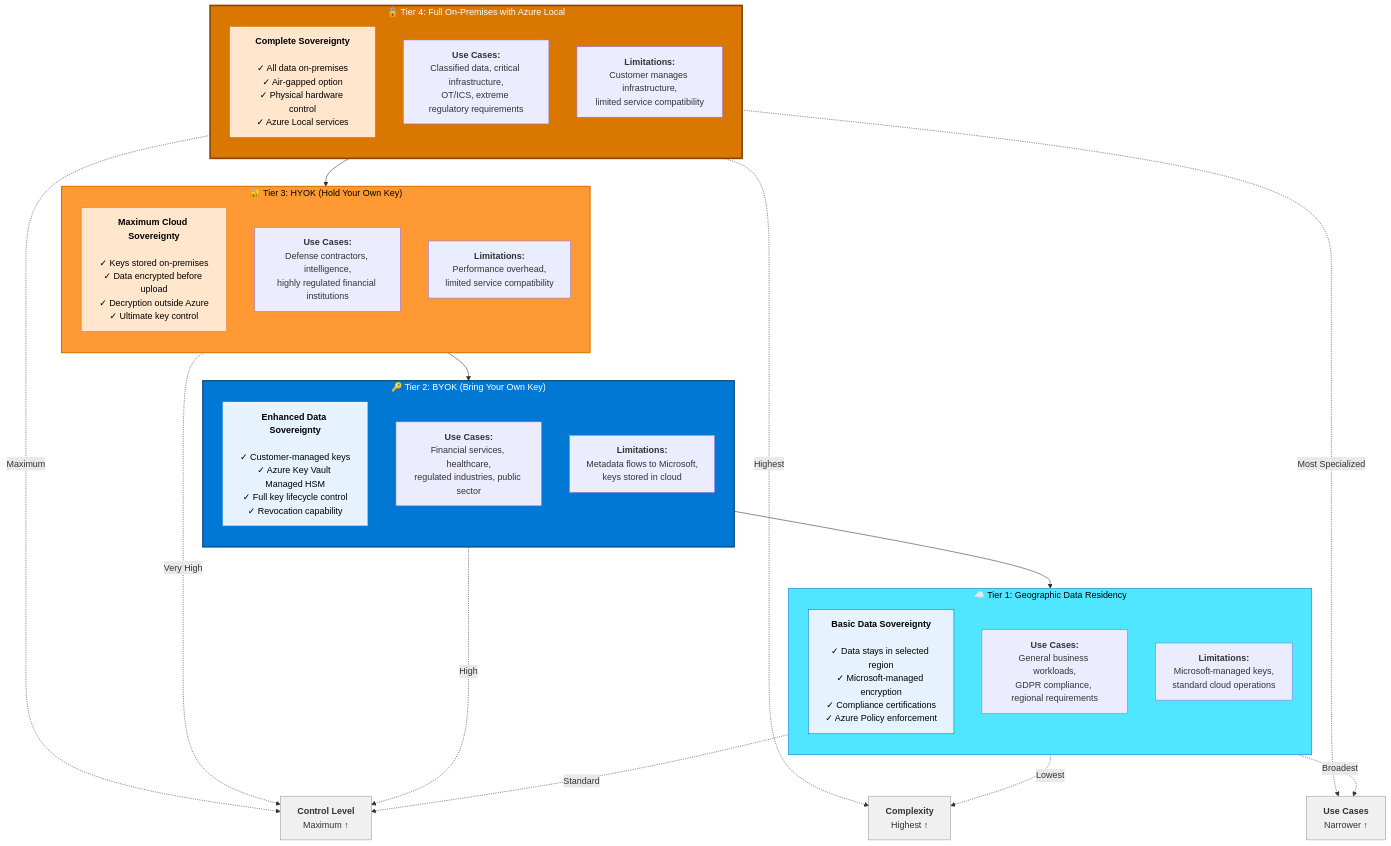
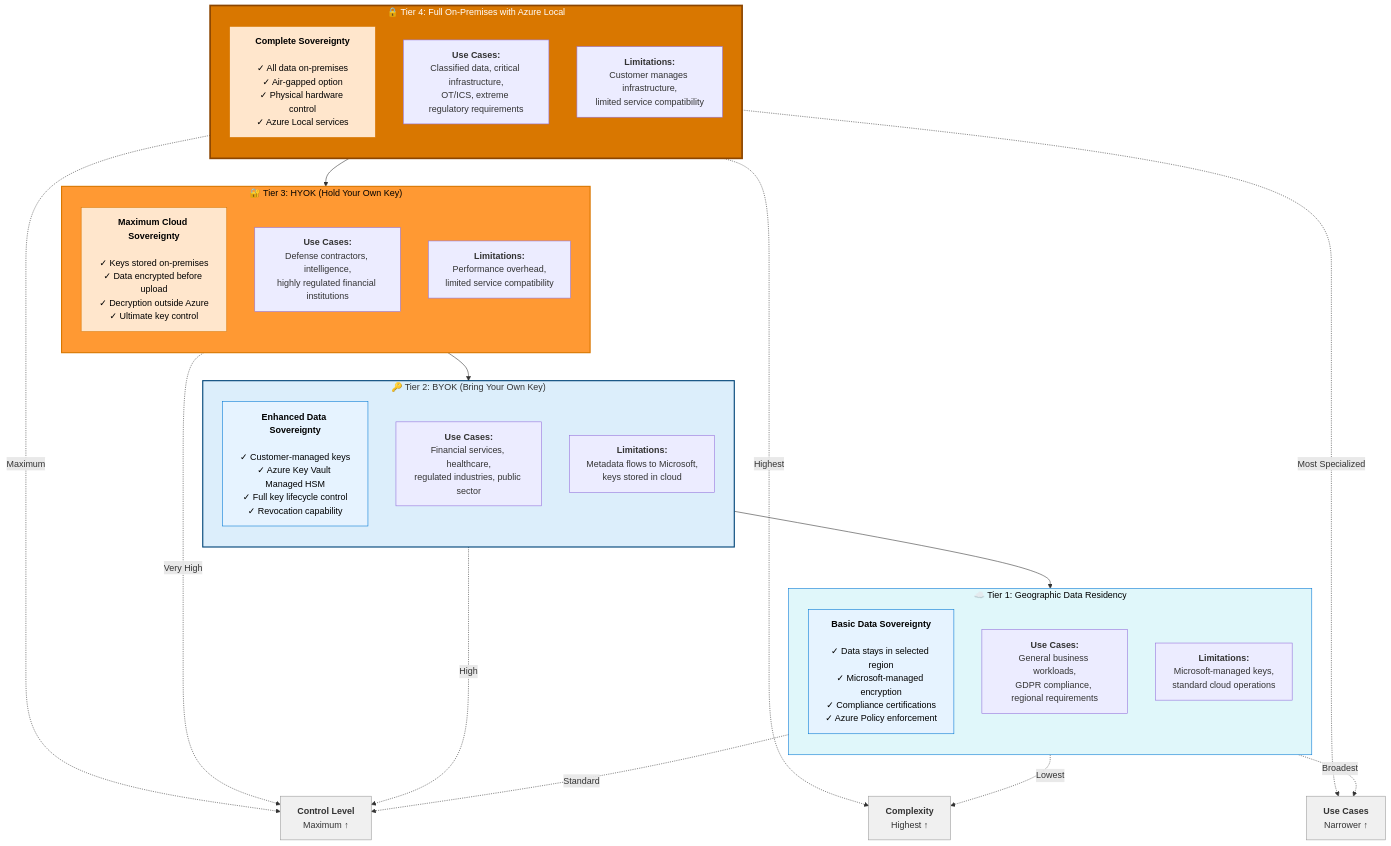
One commit to EmeaAppGbb/AzureHybridContinuumCookBook changed the diagram in docs/03-sovereignty-and-compliance/04-data-residency.md. Above: the diagram before and after it, drawn with Mermaid. The commit also changed 28 other files, not shown here.

First line of the commit message:
Fix Mermaid diagram readability: use light pastel subgraph backgrounds

````diff
--- a/docs/03-sovereignty-and-compliance/04-data-residency.md
+++ b/docs/03-sovereignty-and-compliance/04-data-residency.md
@@ -399,61 +399,61 @@
 ```mermaid
 graph TB
     subgraph Tier4["🔒 Tier 4: Full On-Premises with Azure Local"]
         direction TB
         T4Features["<b>Complete Sovereignty</b><br/><br/>✓ All data on-premises<br/>✓ Air-gapped option<br/>✓ Physical hardware control<br/>✓ Azure Local services"]
         T4Use["<b>Use Cases:</b><br/>Classified data, critical infrastructure,<br/>OT/ICS, extreme regulatory requirements"]
         T4Limit["<b>Limitations:</b><br/>Customer manages infrastructure,<br/>limited service compatibility"]
     end
     
     subgraph Tier3["🔐 Tier 3: HYOK (Hold Your Own Key)"]
         direction TB
         T3Features["<b>Maximum Cloud Sovereignty</b><br/><br/>✓ Keys stored on-premises<br/>✓ Data encrypted before upload<br/>✓ Decryption outside Azure<br/>✓ Ultimate key control"]
         T3Use["<b>Use Cases:</b><br/>Defense contractors, intelligence,<br/>highly regulated financial institutions"]
         T3Limit["<b>Limitations:</b><br/>Performance overhead,<br/>limited service compatibility"]
     end
     
     subgraph Tier2["🔑 Tier 2: BYOK (Bring Your Own Key)"]
         direction TB
         T2Features["<b>Enhanced Data Sovereignty</b><br/><br/>✓ Customer-managed keys<br/>✓ Azure Key Vault Managed HSM<br/>✓ Full key lifecycle control<br/>✓ Revocation capability"]
         T2Use["<b>Use Cases:</b><br/>Financial services, healthcare,<br/>regulated industries, public sector"]
         T2Limit["<b>Limitations:</b><br/>Metadata flows to Microsoft,<br/>keys stored in cloud"]
     end
     
     subgraph Tier1["☁️ Tier 1: Geographic Data Residency"]
         direction TB
         T1Features["<b>Basic Data Sovereignty</b><br/><br/>✓ Data stays in selected region<br/>✓ Microsoft-managed encryption<br/>✓ Compliance certifications<br/>✓ Azure Policy enforcement"]
         T1Use["<b>Use Cases:</b><br/>General business workloads,<br/>GDPR compliance, regional requirements"]
         T1Limit["<b>Limitations:</b><br/>Microsoft-managed keys,<br/>standard cloud operations"]
     end
     
     Tier4 --> Tier3
     Tier3 --> Tier2
     Tier2 --> Tier1
     
     Control["<b>Control Level</b><br/>Maximum ↑"]
     Complexity["<b>Complexity</b><br/>Highest ↑"]
     UseCases["<b>Use Cases</b><br/>Narrower ↑"]
     
     Tier4 -.->|"Maximum"| Control
     Tier3 -.->|"Very High"| Control
     Tier2 -.->|"High"| Control
     Tier1 -.->|"Standard"| Control
     
     Tier4 -.->|"Highest"| Complexity
     Tier1 -.->|"Lowest"| Complexity
     
     Tier4 -.->|"Most Specialized"| UseCases
     Tier1 -.->|"Broadest"| UseCases
     
     style Tier4 fill:#d97700,stroke:#8b4500,color:#fff,stroke-width:3px
     style Tier3 fill:#ff9933,stroke:#d97700,color:#000,stroke-width:2px
-    style Tier2 fill:#0078d4,stroke:#004578,color:#fff,stroke-width:2px
-    style Tier1 fill:#50e6ff,stroke:#0078d4,color:#000
+    style Tier2 fill:#dceefb,stroke:#004578,stroke-width:2px
+    style Tier1 fill:#e0f7fa,stroke:#0078d4,color:#000
     style T4Features fill:#ffe6cc,stroke:#d97700,color:#000
     style T3Features fill:#ffe6cc,stroke:#d97700,color:#000
     style T2Features fill:#e6f3ff,stroke:#0078d4,color:#000
     style T1Features fill:#e6f3ff,stroke:#0078d4,color:#000
     style Control fill:#f0f0f0,stroke:#999
     style Complexity fill:#f0f0f0,stroke:#999
     style UseCases fill:#f0f0f0,stroke:#999
 ```
````
